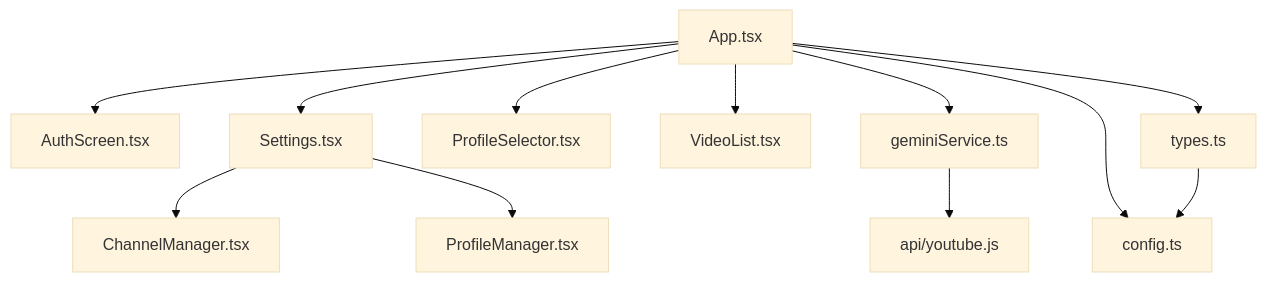
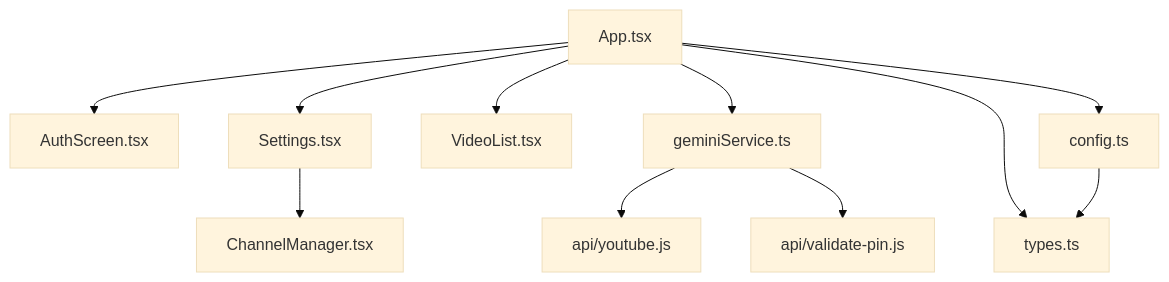
Before and after one commit to nandan121/tubetracker-ai: the diagram in AGENTS.md, drawn with Mermaid (base theme). The commit also changed other lines of this file and 2 other files, not shown here.

Commit message:
AI review and update AGENTS.md and README.md, backup current config

````diff
--- a/AGENTS.md
+++ b/AGENTS.md
@@ -128,14 +289,13 @@
 ```mermaid
 graph TD
     App.tsx --> AuthScreen.tsx
     App.tsx --> Settings.tsx
-    App.tsx --> ProfileSelector.tsx
     App.tsx --> VideoList.tsx
     Settings.tsx --> ChannelManager.tsx
-    Settings.tsx --> ProfileManager.tsx
     App.tsx --> geminiService.ts
     geminiService.ts --> api/youtube.js
+    geminiService.ts --> api/validate-pin.js
     App.tsx --> config.ts
     App.tsx --> types.ts
-    types.ts --> config.ts
+    config.ts --> types.ts
 ```
````
